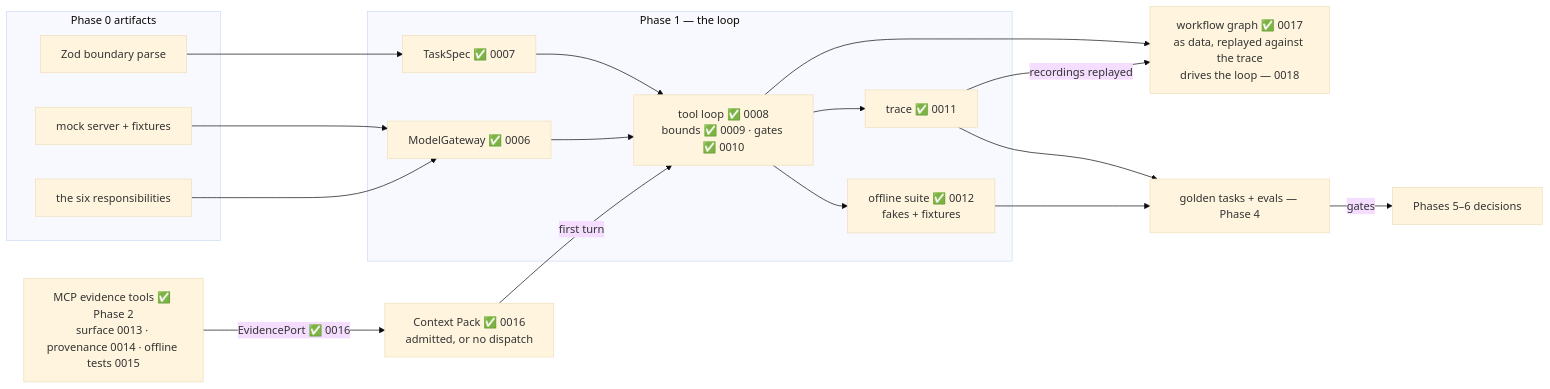
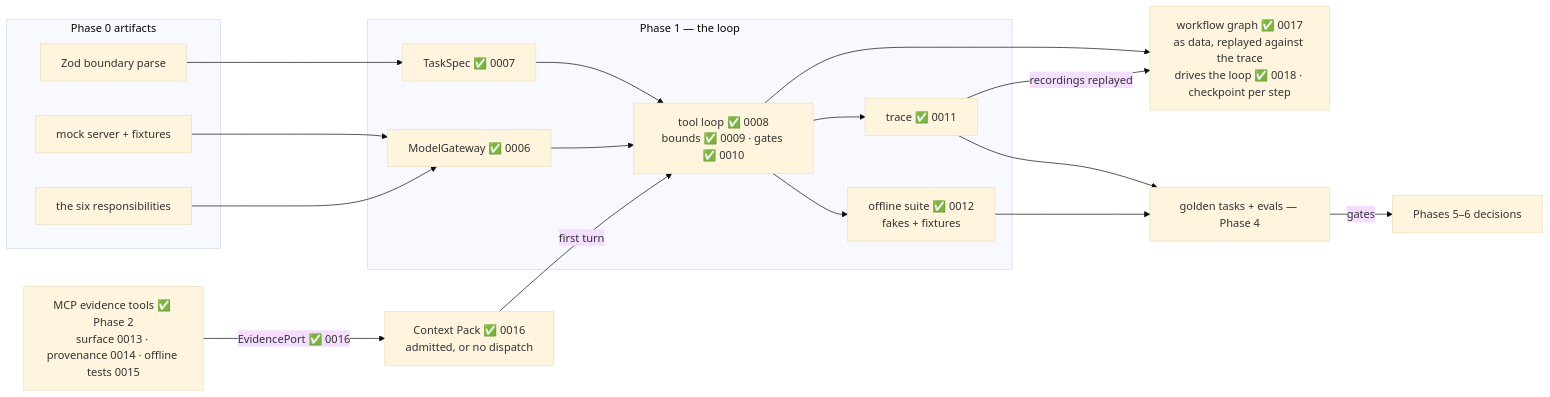
One commit to JozsefKiss90/TS changed the sixth of 6 diagrams in wiki/course/course-module-graph.md. Above: the diagram before and after it, drawn with Mermaid (base theme). The commit also changed other lines of this file and 21 other files, not shown here.

First line of the commit message:
Ship lesson 0018 - The Loop Walks the Graph; lab 12 parts d-f; Phase 3 is 2 of 5

````diff
--- a/wiki/course/course-module-graph.md
+++ b/wiki/course/course-module-graph.md
@@ -115,29 +115,29 @@
 ```mermaid
 flowchart LR
     subgraph PH0["Phase 0 artifacts"]
         MOCK["mock server + fixtures"]
         SIX["the six responsibilities"]
         ZOD["Zod boundary parse"]
     end
     subgraph PH1["Phase 1 — the loop"]
         GWY["ModelGateway ✅ 0006"]
         SPEC["TaskSpec ✅ 0007"]
         TLOOP["tool loop ✅ 0008<br/>bounds ✅ 0009 · gates ✅ 0010"]
         TR["trace ✅ 0011"]
         TESTS["offline suite ✅ 0012<br/>fakes + fixtures"]
     end
     MOCK --> GWY
     SIX --> GWY
     ZOD --> SPEC
     SPEC --> TLOOP
     GWY --> TLOOP
     TLOOP --> TR
     TLOOP --> TESTS
     EV["MCP evidence tools ✅ Phase 2<br/>surface 0013 · provenance 0014 · offline tests 0015"] -->|"EvidencePort ✅ 0016"| PACK["Context Pack ✅ 0016<br/>admitted, or no dispatch"]
     PACK -->|"first turn"| TLOOP
-    TLOOP --> WG["workflow graph ✅ 0017<br/>as data, replayed against the trace<br/>drives the loop — 0018"]
+    TLOOP --> WG["workflow graph ✅ 0017<br/>as data, replayed against the trace<br/>drives the loop ✅ 0018 · checkpoint per step"]
     TR -->|"recordings replayed"| WG
     TR --> EVAL["golden tasks + evals — Phase 4"]
     TESTS --> EVAL
     EVAL -->|"gates"| P5P6["Phases 5–6 decisions"]
 ```
````
